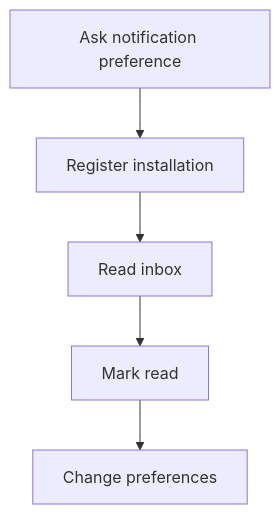
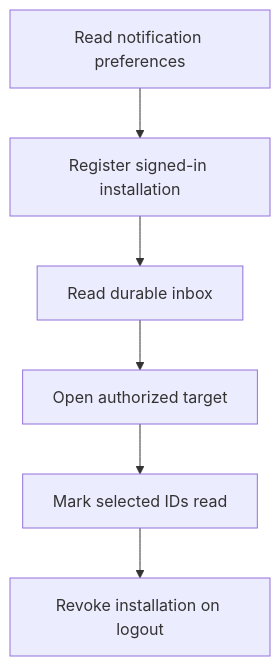
One commit to thams-geth/dogdating-api changed the diagram in docs/handovers/M09.md. Above: the diagram before and after it, drawn with Mermaid. The commit also changed other lines of this file and 17 other files, not shown here.

Commit message:
feat(notifications): add durable inbox and encrypted device registrations

````diff
--- a/docs/handovers/M09.md
+++ b/docs/handovers/M09.md
@@ -15,12 +15,14 @@
 ```mermaid
 flowchart TD
-  S0["Ask notification preference"]
-  S1["Register installation"]
-  S2["Read inbox"]
-  S3["Mark read"]
-  S4["Change preferences"]
+  S0["Read notification preferences"]
+  S1["Register signed-in installation"]
+  S2["Read durable inbox"]
+  S3["Open authorized target"]
+  S4["Mark selected IDs read"]
+  S5["Revoke installation on logout"]
   S0 --> S1
   S1 --> S2
   S2 --> S3
   S3 --> S4
+  S4 --> S5
 ```
````
